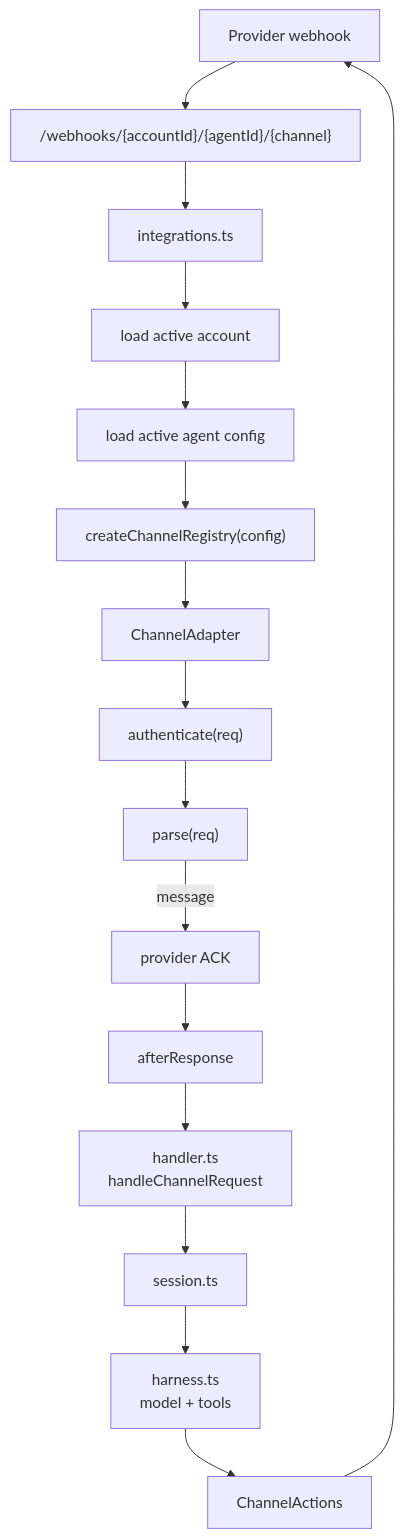
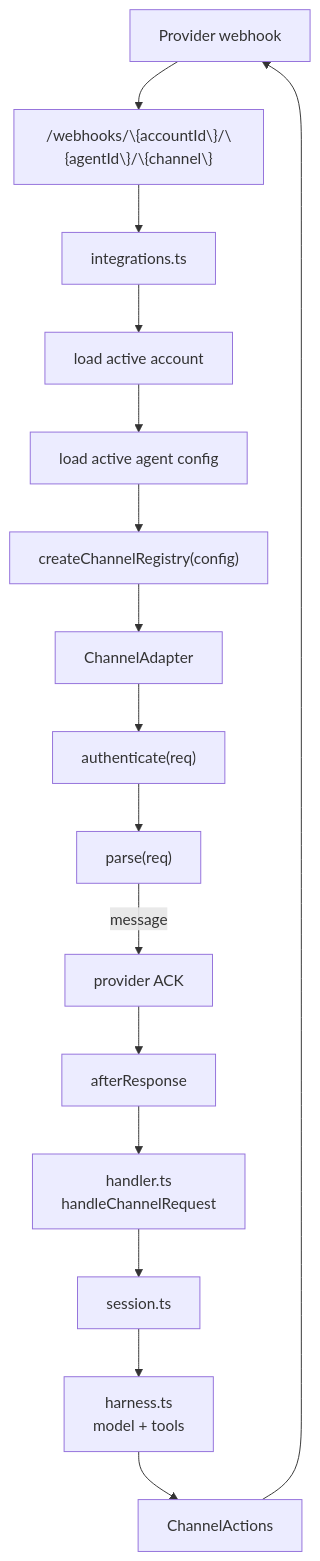
Before and after one commit to beeblastco/broods: the diagram in docs/channels.md, drawn with Mermaid. The commit also changed 3 other files, not shown here.

Commit message:
fix: escape curly braces in mermaid diagrams for proper rendering

````diff
--- a/docs/channels.md
+++ b/docs/channels.md
@@ -13,18 +13,18 @@
 ```mermaid
 flowchart TD
-  Provider["Provider webhook"] --> Url["/webhooks/{accountId}/{agentId}/{channel}"]
+  Provider["Provider webhook"] --> Url["/webhooks/\{accountId\}/\{agentId\}/\{channel\}"]
   Url --> Integrations["integrations.ts"]
   Integrations --> Account["load active account"]
   Account --> Agent["load active agent config"]
   Agent --> Registry["createChannelRegistry(config)"]
   Registry --> Adapter["ChannelAdapter"]
   Adapter --> Auth["authenticate(req)"]
   Auth --> Parse["parse(req)"]
   Parse -->|"message"| Ack["provider ACK"]
   Ack --> After["afterResponse"]
   After --> Handler["handler.ts<br/>handleChannelRequest"]
   Handler --> Session["session.ts"]
   Session --> Harness["harness.ts<br/>model + tools"]
   Harness --> Actions["ChannelActions"]
   Actions --> Provider
 ```
````
